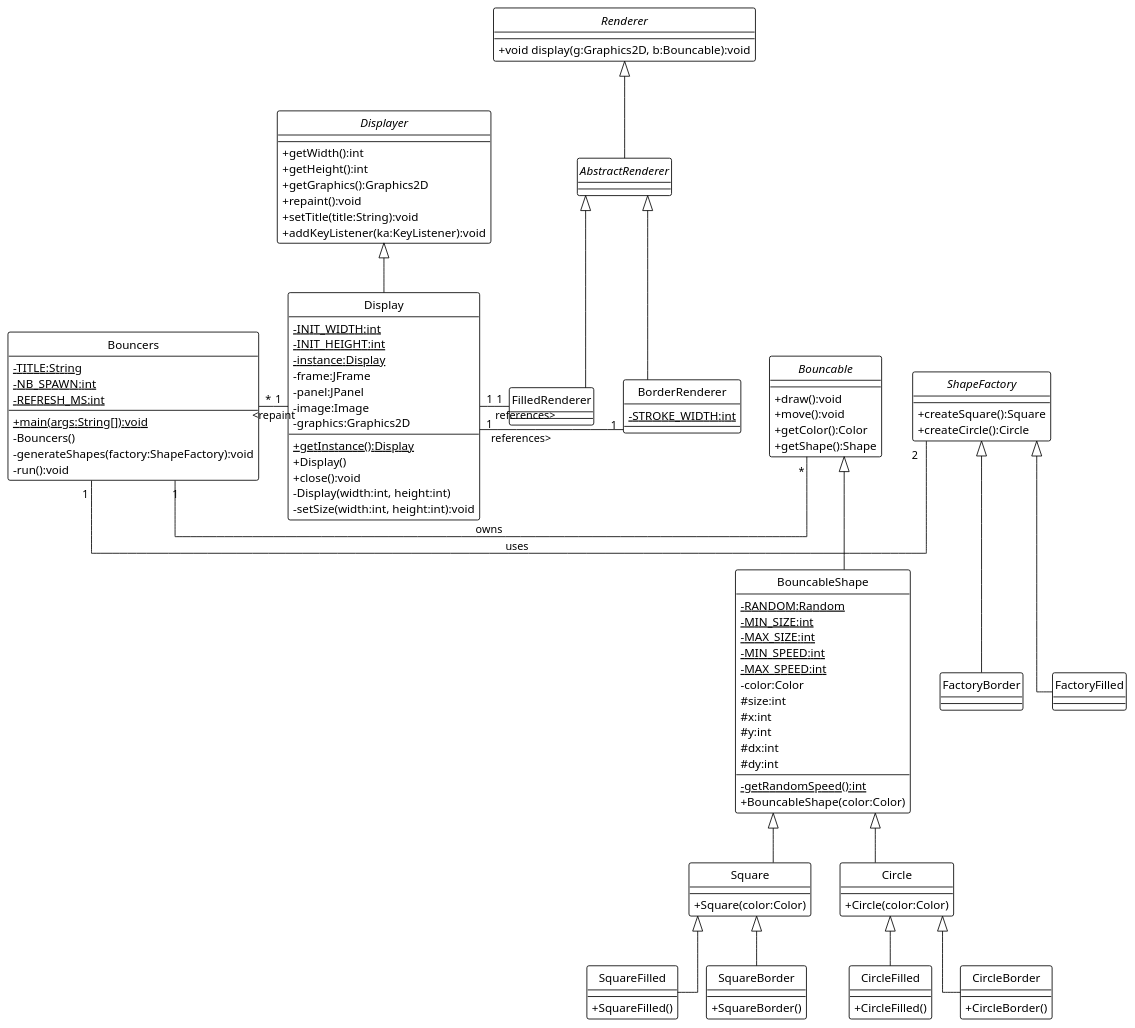
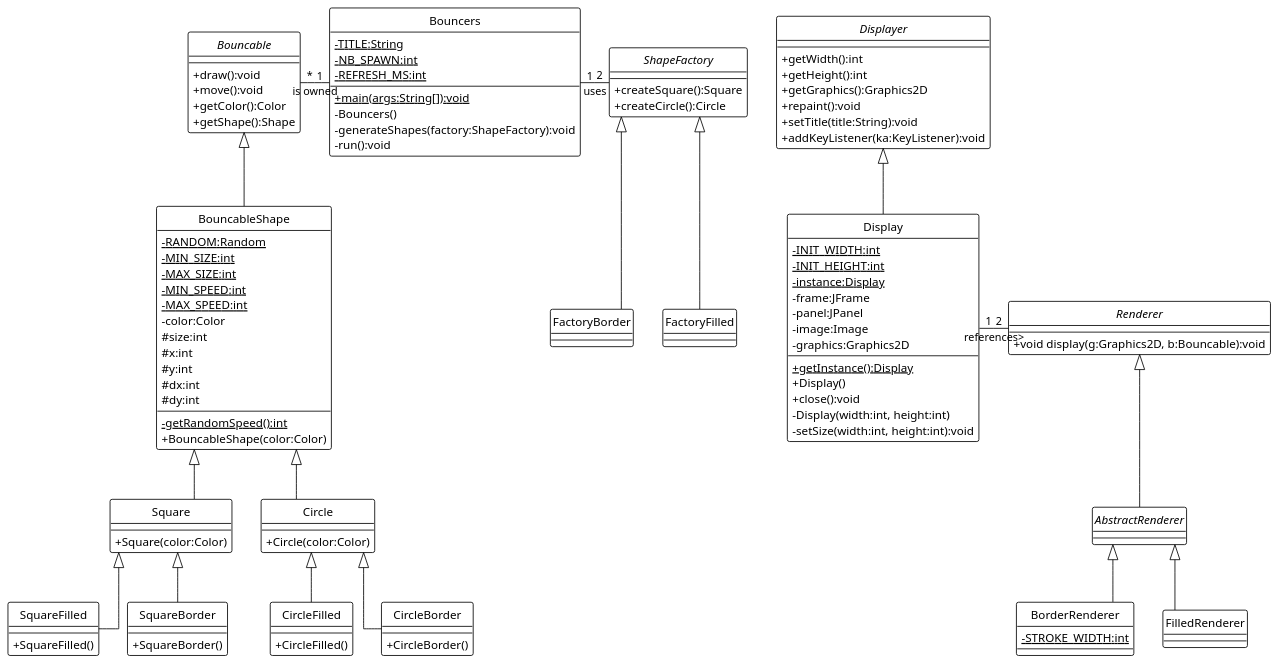
The diagram in uml.puml (GuggisbergSimon/MCR-L2), drawn with PlantUML before and after one commit. The commit also changed 2 other files, not shown here.

Commit message:
Improve UML and Change type of renders

```diff
--- a/uml.puml
+++ b/uml.puml
@@ -1,140 +1,138 @@
 @startuml
 'https://plantuml.com/class-diagram'
 skinparam classAttributeIconSize 0
 hide circle
 
 !theme plain
 top to bottom direction
 skinparam linetype ortho
 
 interface Displayer {
 +getWidth():int
 +getHeight():int
 +getGraphics():Graphics2D
 +repaint():void
 +setTitle(title:String):void
 +addKeyListener(ka:KeyListener):void
 }
 
 class Display {
 -{static} INIT_WIDTH:int
 -{static} INIT_HEIGHT:int
 -{static} instance:Display
 -frame:JFrame
 -panel:JPanel
 -image:Image
 -graphics:Graphics2D
 +{static} getInstance():Display
 +Display()
 +close():void
 -Display(width:int, height:int)
 -setSize(width:int, height:int):void
 }
 
 interface Renderer {
 +void display(g:Graphics2D, b:Bouncable):void
 }
 
 abstract class AbstractRenderer
 
 class BorderRenderer {
 -{static} STROKE_WIDTH:int
 }
 
 class FilledRenderer
 
 class Bouncers {
 -{static} TITLE:String
 -{static} NB_SPAWN:int
 -{static} REFRESH_MS:int
 +{static} main(args:String[]):void
 -Bouncers()
 -generateShapes(factory:ShapeFactory):void
 -run():void
 
 }
 interface Bouncable {
 +draw():void
 +move():void
 +getColor():Color
 +getShape():Shape
 }
 
 class BouncableShape {
 -{static} RANDOM:Random
 -{static} MIN_SIZE:int
 -{static} MAX_SIZE:int
 -{static} MIN_SPEED:int
 -{static} MAX_SPEED:int
 -color:Color
 #size:int
 #x:int
 #y:int
 #dx:int
 #dy:int
 -{static} getRandomSpeed():int
 +BouncableShape(color:Color)
 }
 
 class Square {
 +Square(color:Color)
 }
 
 class Circle {
 +Circle(color:Color)
 }
 
 class CircleFilled {
 +CircleFilled()
 }
 
 class SquareFilled {
 +SquareFilled()
 }
 
 class CircleBorder {
 +CircleBorder()
 }
 
 class SquareBorder {
 +SquareBorder()
 }
 
 interface ShapeFactory {
 +createSquare():Square
 +createCircle():Circle
 }
 
 class FactoryFilled {
 }
 
 class FactoryBorder {
 }
 
 Display -up-|> Displayer
 
 AbstractRenderer -up-|> Renderer
 BorderRenderer -up-|> AbstractRenderer
 FilledRenderer -up-|> AbstractRenderer
 
 BouncableShape -up-|> Bouncable
 
 Square -up-|> BouncableShape
 Circle -up-|> BouncableShape
 
 CircleFilled -up-|> Circle
 CircleBorder -up-|> Circle
 
 SquareFilled -up-|> Square
 SquareBorder -up-|> Square
 
 FactoryFilled -up-|> ShapeFactory
 FactoryBorder -up-|> ShapeFactory
 
-Bouncers "*" - "1" Display : <repaint
-Display "1" - "1" BorderRenderer : references>
-Display "1" - "1" FilledRenderer : references>
+Display "1" - "2" Renderer : references>
 Bouncers "1" - "2" ShapeFactory : uses
-Bouncers "1" - "*" Bouncable : owns
+Bouncable "*" - "1"Bouncers : is owned
 
 @enduml
```
